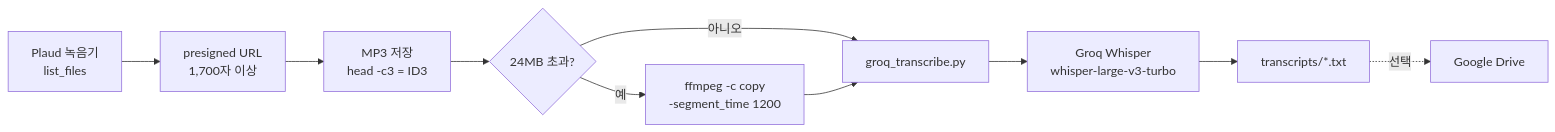
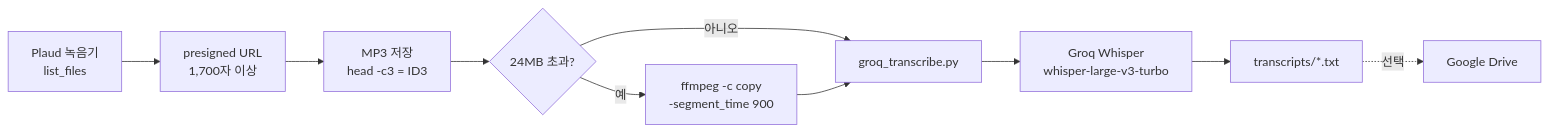
The diagram in README.ko.md (Wendy-Nam/Plaud-Groq-transcribe), drawn with Mermaid before and after one commit. The commit also changed other lines of this file and 6 other files, not shown here.

````diff
--- a/README.ko.md
+++ b/README.ko.md
@@ -33,12 +33,12 @@
 ```mermaid
 flowchart LR
     A["Plaud 녹음기<br/>list_files"] --> B["presigned URL<br/>1,700자 이상"]
     B --> C["MP3 저장<br/>head -c3 = ID3"]
     C --> D{"24MB 초과?"}
     D -- 아니오 --> E["groq_transcribe.py"]
-    D -- 예 --> S["ffmpeg -c copy<br/>-segment_time 1200"]
+    D -- 예 --> S["ffmpeg -c copy<br/>-segment_time 900"]
     S --> E
     E --> F["Groq Whisper<br/>whisper-large-v3-turbo"]
     F --> G["transcripts/*.txt"]
     G -. 선택 .-> H["Google Drive"]
 ```
````
